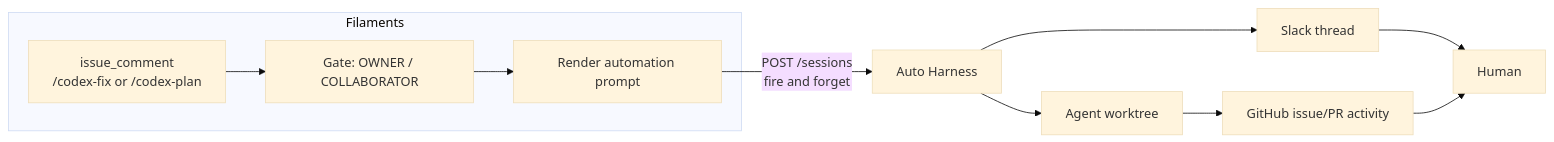
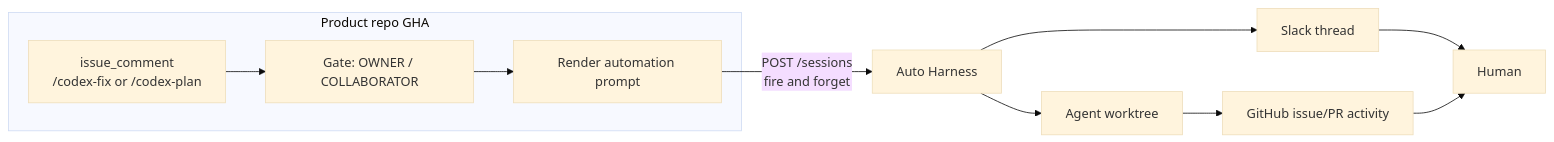
Before and after one commit to jonathanong/auto-harness: the fourth of 9 diagrams in docs/harness.md, drawn with Mermaid (base theme). The commit also changed other lines of this file and 4 other files, not shown here.

````diff
--- a/docs/harness.md
+++ b/docs/harness.md
@@ -184,16 +184,16 @@
 ```mermaid
 flowchart LR
-  subgraph Filaments
+  subgraph RepoGHA["Product repo GHA"]
     C["issue_comment<br/>/codex-fix or /codex-plan"]
     G["Gate: OWNER / COLLABORATOR"]
     R["Render automation prompt"]
     C --> G --> R
   end
 
   R -->|"POST /sessions<br/>fire and forget"| AH[Auto Harness]
   AH --> S[Slack thread]
   AH --> W[Agent worktree]
   W --> H[GitHub issue/PR activity]
   S --> Human[Human]
   H --> Human
 ```
````
